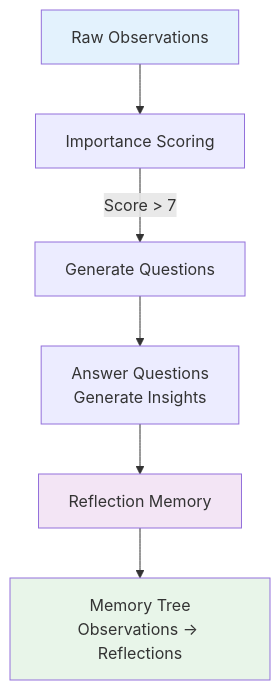
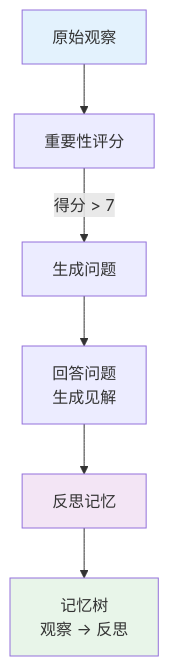
Before and after one commit to YiWang24/AiDIY: the sixth of 8 diagrams in i18n/zh-Hans/docusaurus-plugin-content-docs/current/ai/agents/architecture.mdx, drawn with Mermaid. The commit also changed other lines of this file and 59 other files, not shown here.

````diff
--- a/i18n/zh-Hans/docusaurus-plugin-content-docs/current/ai/agents/architecture.mdx
+++ b/i18n/zh-Hans/docusaurus-plugin-content-docs/current/ai/agents/architecture.mdx
@@ -1065,12 +1065,12 @@
 ```mermaid
 flowchart TB
-    Obs[Raw Observations] --> Imp[Importance Scoring]
-    Imp -->|Score > 7| Q[Generate Questions]
-    Q --> Ans[Answer Questions<br/>Generate Insights]
-    Ans --> Ref[Reflection Memory]
-    Ref --> Tree[Memory Tree<br/>Observations → Reflections]
+    Obs[原始观察] --> Imp[重要性评分]
+    Imp -->|得分 > 7| Q[生成问题]
+    Q --> Ans[回答问题<br/>生成见解]
+    Ans --> Ref[反思记忆]
+    Ref --> Tree[记忆树<br/>观察 → 反思]
 
     style Obs fill:#e3f2fd
     style Ref fill:#f3e5f5
     style Tree fill:#e8f5e9
 ```
````
